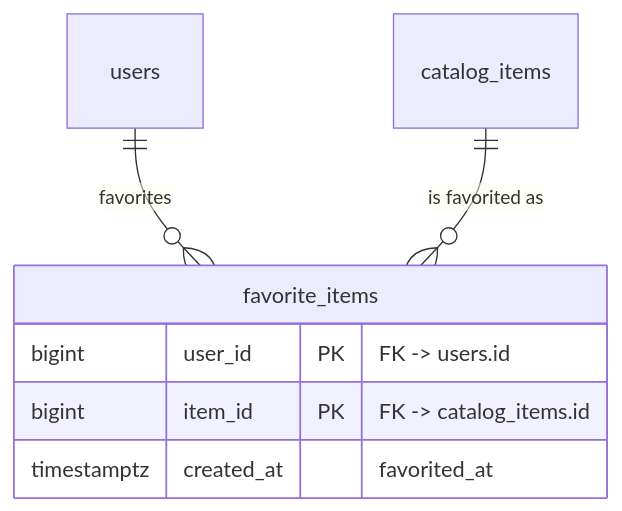
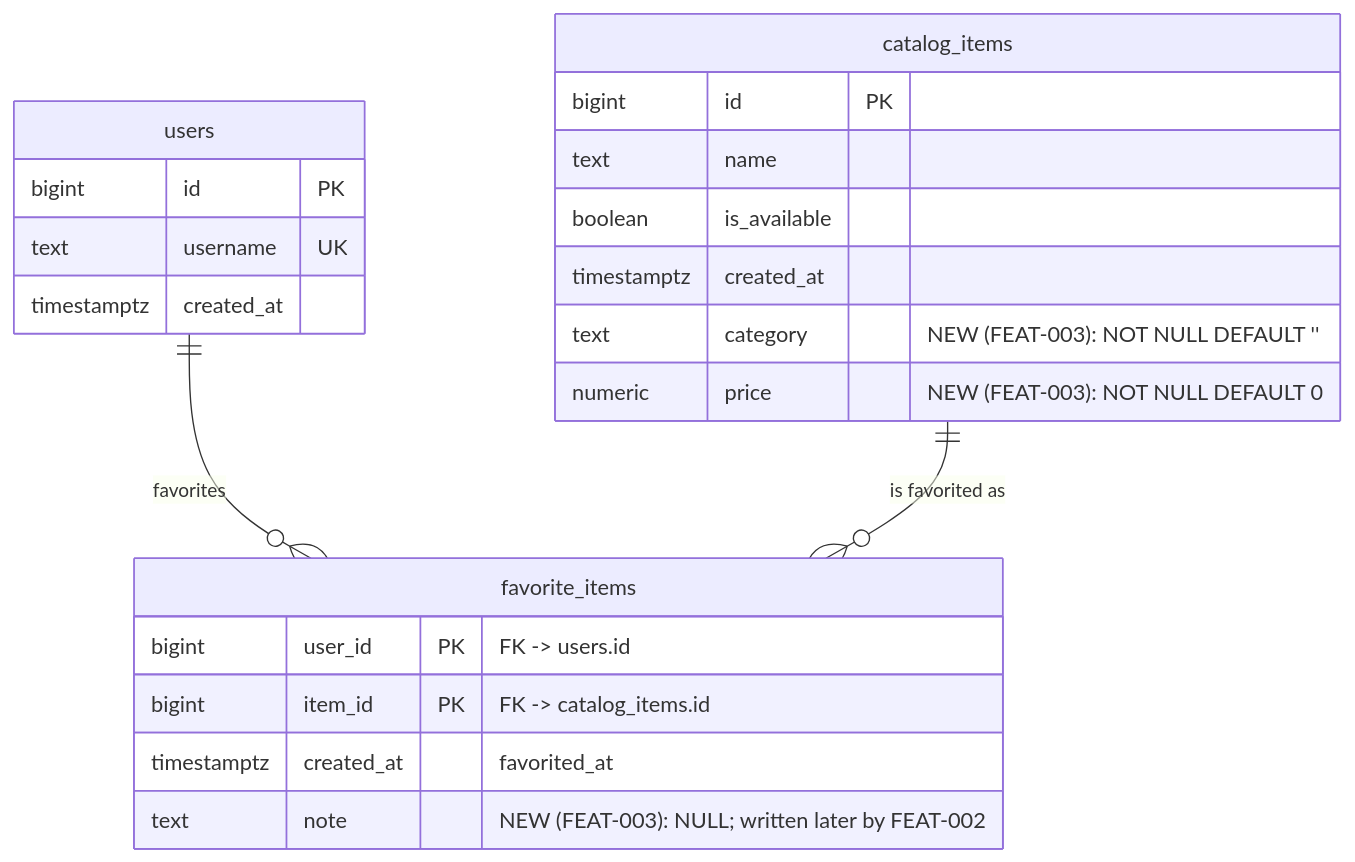
The diagram in docs/ERD.md (william22913/sandbox-svc-code), drawn with Mermaid before and after one commit. The commit also changed other lines of this file and 11 other files, not shown here.

````diff
--- a/docs/ERD.md
+++ b/docs/ERD.md
@@ -8,11 +8,27 @@
 ```mermaid
 erDiagram
     users ||--o{ favorite_items : favorites
     catalog_items ||--o{ favorite_items : "is favorited as"
 
+    users {
+        bigint id PK
+        text username UK
+        timestamptz created_at
+    }
+
+    catalog_items {
+        bigint id PK
+        text name
+        boolean is_available
+        timestamptz created_at
+        text category "NEW (FEAT-003): NOT NULL DEFAULT ''"
+        numeric price "NEW (FEAT-003): NOT NULL DEFAULT 0"
+    }
+
     favorite_items {
         bigint user_id PK "FK -> users.id"
         bigint item_id PK "FK -> catalog_items.id"
         timestamptz created_at "favorited_at"
+        text note "NEW (FEAT-003): NULL; written later by FEAT-002"
     }
 ```
````
